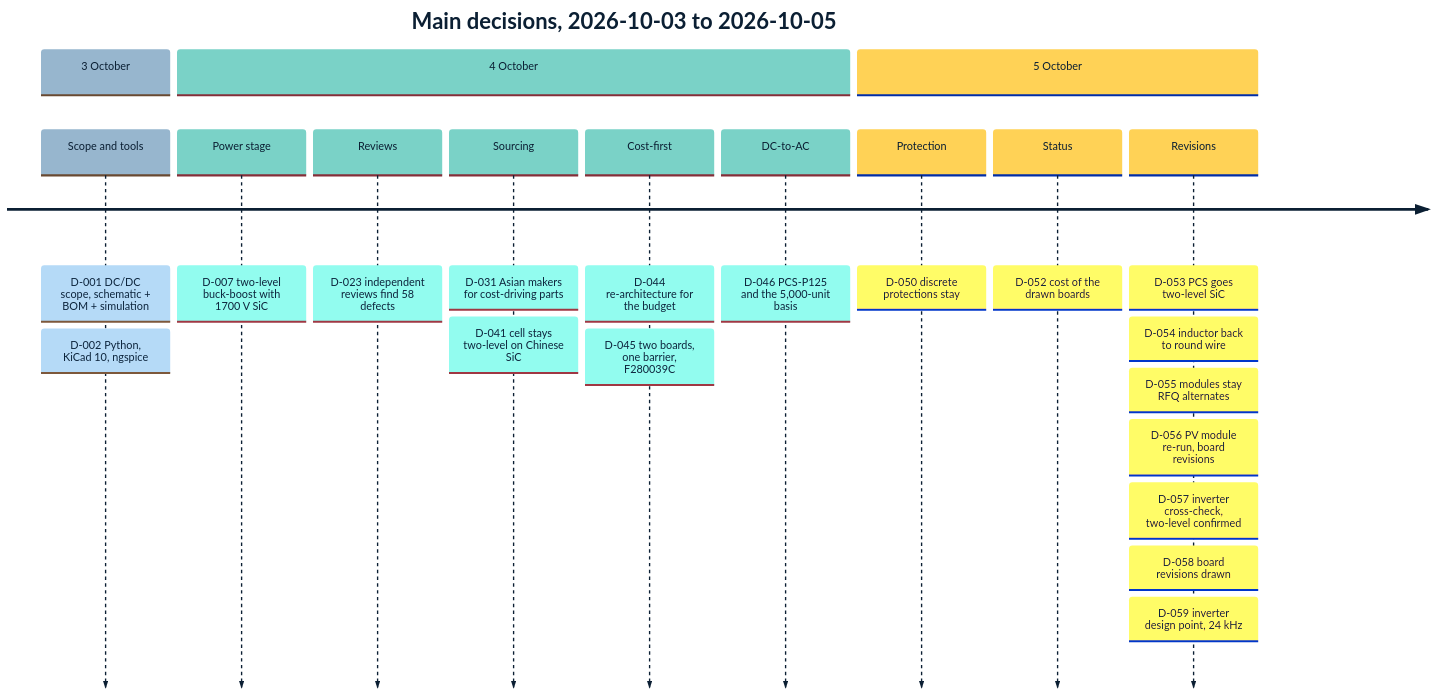
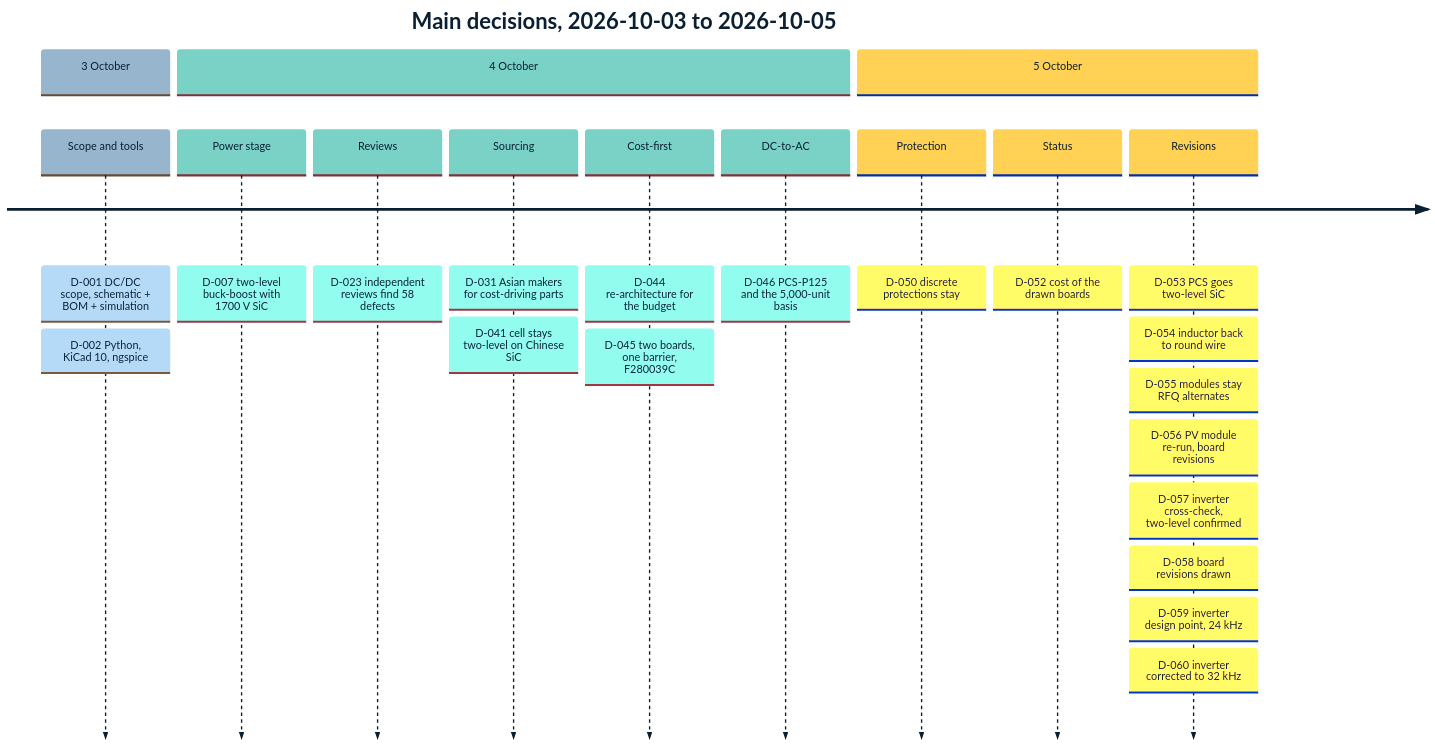
Before and after one commit to vectivolt/PCM: the second of 2 diagrams in docs/guide/01-overview.md, drawn with Mermaid. The commit also changed other lines of this file and 33 other files, not shown here.

First line of the commit message:
Correct the inverter design point to 32 kHz / 120 uH after a fault in the magnetics tool (D-060)

````diff
--- a/docs/guide/01-overview.md
+++ b/docs/guide/01-overview.md
@@ -83,17 +83,17 @@
 ```mermaid
 %%{init: {"theme": "base", "themeVariables": {"primaryColor": "#EEF3F7", "primaryBorderColor": "#0B1F33", "primaryTextColor": "#0B1F33", "lineColor": "#5B6B7A", "secondaryColor": "#D9F2EF", "tertiaryColor": "#FFF4D6", "fontFamily": "Inter, Helvetica, Arial, sans-serif"}}}%%
 timeline
     title Main decisions, 2026-10-03 to 2026-10-05
     section 3 October
         Scope and tools : D-001 DC/DC scope, schematic + BOM + simulation : D-002 Python, KiCad 10, ngspice
     section 4 October
         Power stage : D-007 two-level buck-boost with 1700 V SiC
         Reviews : D-023 independent reviews find 58 defects
         Sourcing : D-031 Asian makers for cost-driving parts : D-041 cell stays two-level on Chinese SiC
         Cost-first : D-044 re-architecture for the budget : D-045 two boards, one barrier, F280039C
         DC-to-AC : D-046 PCS-P125 and the 5,000-unit basis
     section 5 October
         Protection : D-050 discrete protections stay
         Status : D-052 cost of the drawn boards
-        Revisions : D-053 PCS goes two-level SiC : D-054 inductor back to round wire : D-055 modules stay RFQ alternates : D-056 PV module re-run, board revisions : D-057 inverter cross-check, two-level confirmed : D-058 board revisions drawn : D-059 inverter design point, 24 kHz
+        Revisions : D-053 PCS goes two-level SiC : D-054 inductor back to round wire : D-055 modules stay RFQ alternates : D-056 PV module re-run, board revisions : D-057 inverter cross-check, two-level confirmed : D-058 board revisions drawn : D-059 inverter design point, 24 kHz : D-060 inverter corrected to 32 kHz
 ```
````
